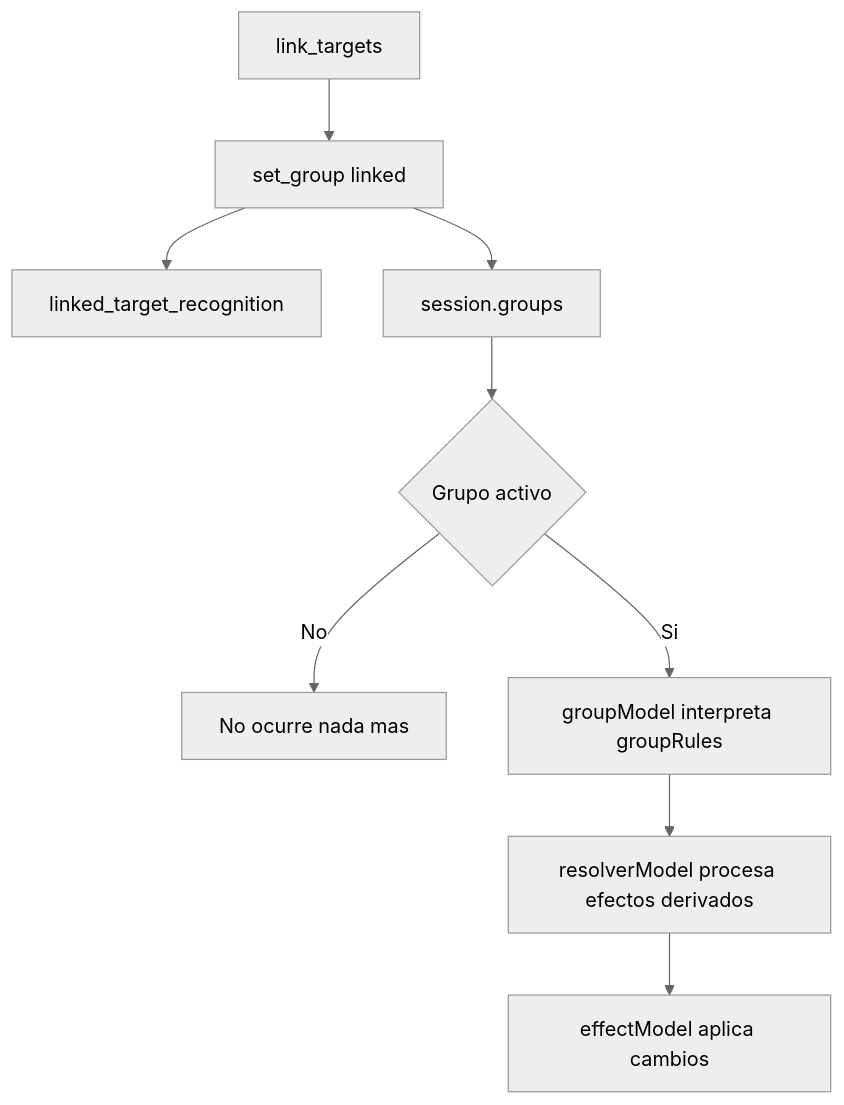
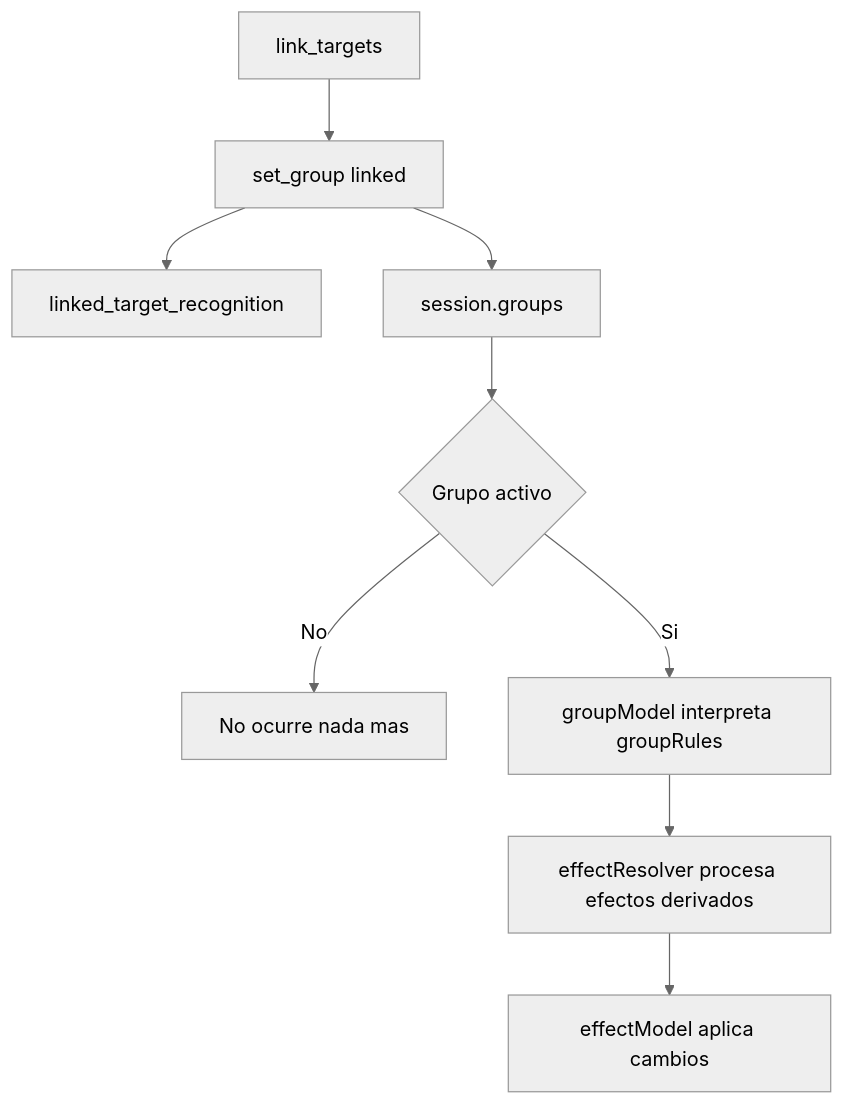
Before and after one commit to juanramonmorandeira/castronegro-director: the ninth of 14 diagrams in docs/engine_flow_map.md, drawn with Mermaid (neutral theme). The commit also changed other lines of this file and 53 other files, not shown here.

Commit message:
Refine domain inter-pool queue architecture

````diff
--- a/docs/engine_flow_map.md
+++ b/docs/engine_flow_map.md
@@ -488,11 +488,11 @@
 ```mermaid
 graph TD
   A[link_targets] --> B[set_group linked]
   B --> R[linked_target_recognition]
   B --> C[session.groups]
   C --> D{Grupo activo}
   D -->|No| E[No ocurre nada mas]
   D -->|Si| F[groupModel interpreta groupRules]
-  F --> G[resolverModel procesa efectos derivados]
+  F --> G[effectResolver procesa efectos derivados]
   G --> H[effectModel aplica cambios]
 ```
````
